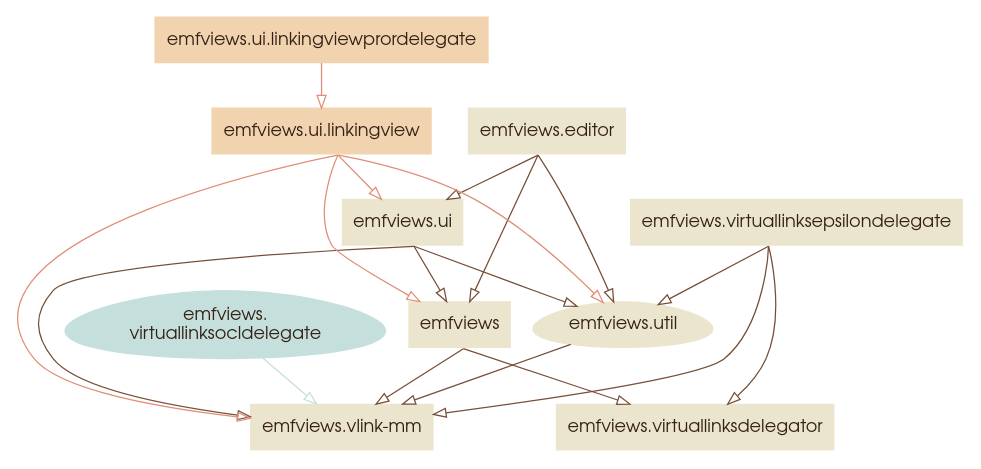
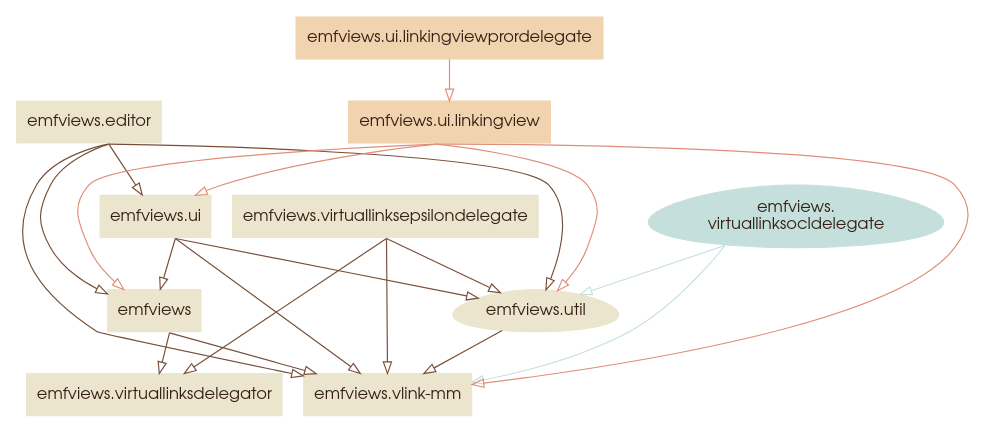
One commit to fmdkdd/monoge changed the diagram in doc/emfviews-plugin-dependencies.dot. Above: the diagram before and after it, drawn with Graphviz. The commit also changed 1 other file, not shown here.

Commit message:
Update emfviews deps

```diff
--- a/doc/emfviews-plugin-dependencies.dot
+++ b/doc/emfviews-plugin-dependencies.dot
@@ -1,74 +1,76 @@
 digraph {
   size="8,8"
 
   node [shape=box,
         style=filled,
         color="#ece5ce",
         fillcolor="#ece5ce",
         fontcolor="#342015",
         fontname="TeX Gyre Adventor"]
 
   edge [arrowhead=empty,
         style=solid,
         sametail=true,
         color="#774f38"]
 
   emfviews -> {
     "emfviews.virtuallinksdelegator"
     "emfviews.vlink-mm"
   }
 
   "emfviews.editor" -> {
     "emfviews.ui"
     "emfviews"
     "emfviews.util"
+    "emfviews.vlink-mm"
   }
 
   "emfviews.ui" -> {
     emfviews
     "emfviews.vlink-mm"
     "emfviews.util"
   }
 
   "emfviews.util" -> {
     "emfviews.vlink-mm"
   }
   "emfviews.util" [shape=egg]
 
   "emfviews.virtuallinksdelegator" -> {}
 
   "emfviews.virtuallinksepsilondelegate" -> {
     "emfviews.vlink-mm"
     "emfviews.virtuallinksdelegator"
     "emfviews.util"
   }
 
   node [fillcolor="#c5e0dc",
         color="#c5e0dc"]
 
   edge [color="#c5e0dc"]
 
   "emfviews.\nvirtuallinksocldelegate" [shape=egg]
   "emfviews.\nvirtuallinksocldelegate" -> {
     "emfviews.vlink-mm"
+    "emfviews.util"
   }
 
   "emfviews.vlink-mm" -> {}
 
   node [fillcolor="#f1d4af",
         color="#f1d4af"]
 
   edge [color="#e08e78"]
 
   "emfviews.ui.linkingview" -> {
     "emfviews"
     "emfviews.ui"
     "emfviews.vlink-mm"
     "emfviews.util"
   }
 
   "emfviews.ui.linkingviewprordelegate" -> {
     "emfviews.ui.linkingview"
   }
 
 }
```
